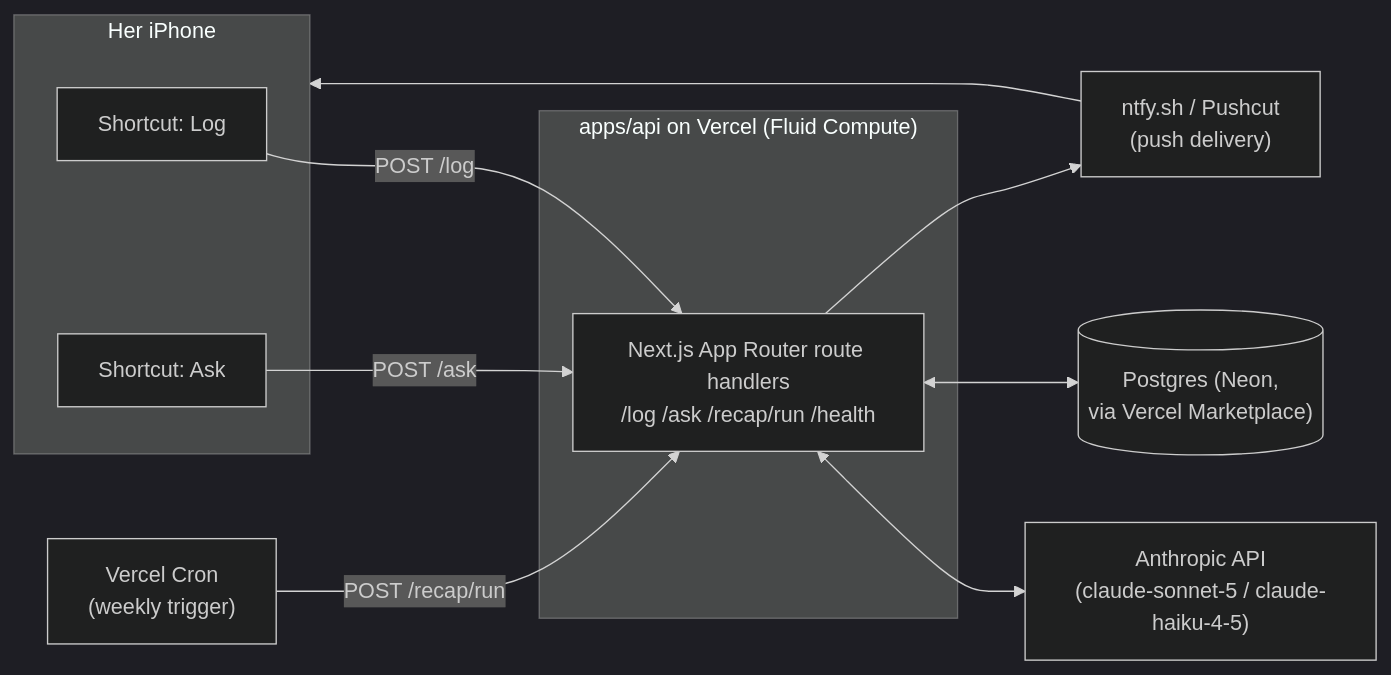
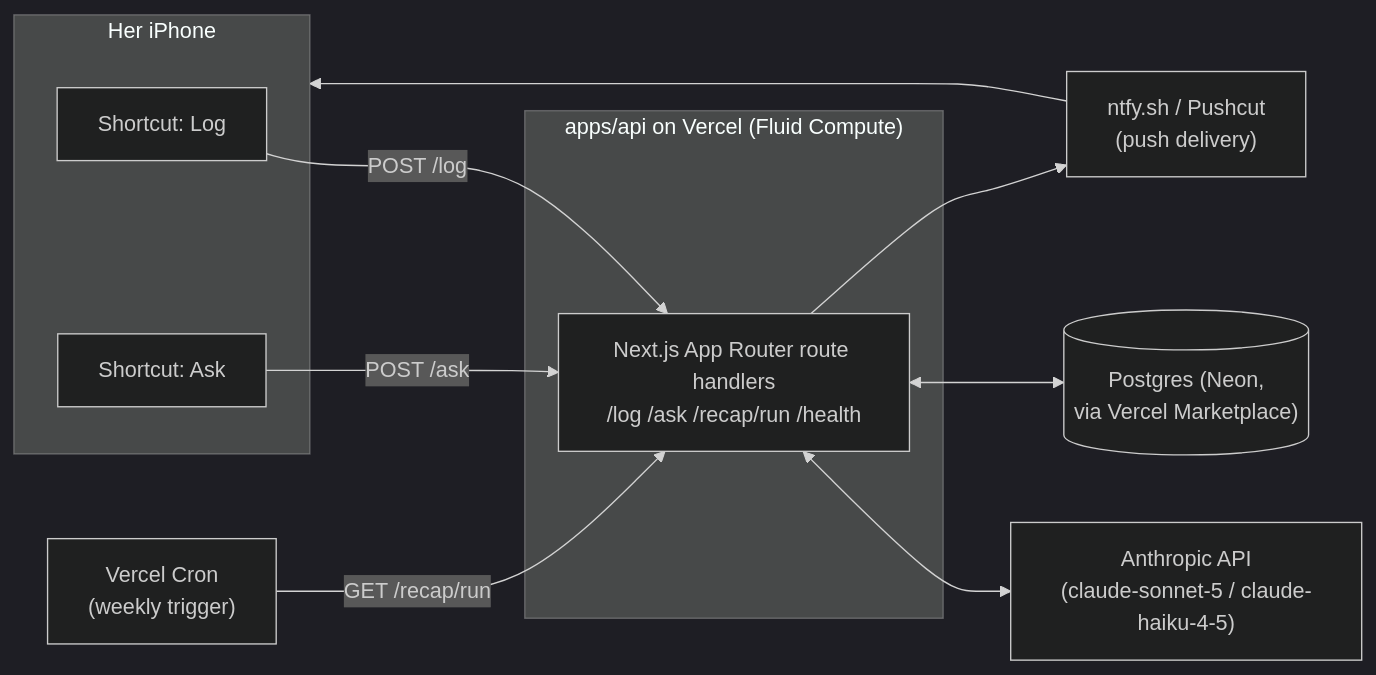
One commit to BenitoPedro13/lumen changed the diagram in docs/architecture/overview.md. Above: the diagram before and after it, drawn with Mermaid (dark theme). The commit also changed other lines of this file and 9 other files, not shown here.

First line of the commit message:
Implement /recap/run cron endpoint with ntfy delivery

````diff
--- a/docs/architecture/overview.md
+++ b/docs/architecture/overview.md
@@ -77,24 +77,24 @@
 ```mermaid
 flowchart LR
     subgraph Phone["Her iPhone"]
         S1["Shortcut: Log"]
         S2["Shortcut: Ask"]
     end
 
     subgraph Vercel["apps/api on Vercel (Fluid Compute)"]
         API["Next.js App Router route handlers\n/log /ask /recap/run /health"]
     end
 
     ANTH["Anthropic API\n(claude-sonnet-5 / claude-haiku-4-5)"]
     DB[("Postgres (Neon,\nvia Vercel Marketplace)")]
     CRON["Vercel Cron\n(weekly trigger)"]
     PUSH["ntfy.sh / Pushcut\n(push delivery)"]
 
     S1 -- "POST /log" --> API
     S2 -- "POST /ask" --> API
     API <--> ANTH
     API <--> DB
-    CRON -- "POST /recap/run" --> API
+    CRON -- "GET /recap/run" --> API
     API --> PUSH
     PUSH --> Phone
 ```
````
